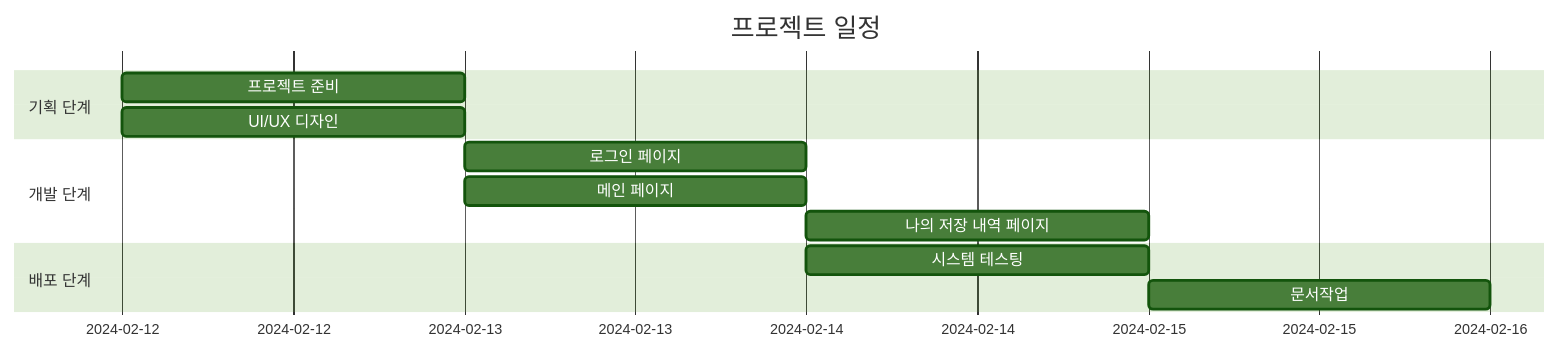
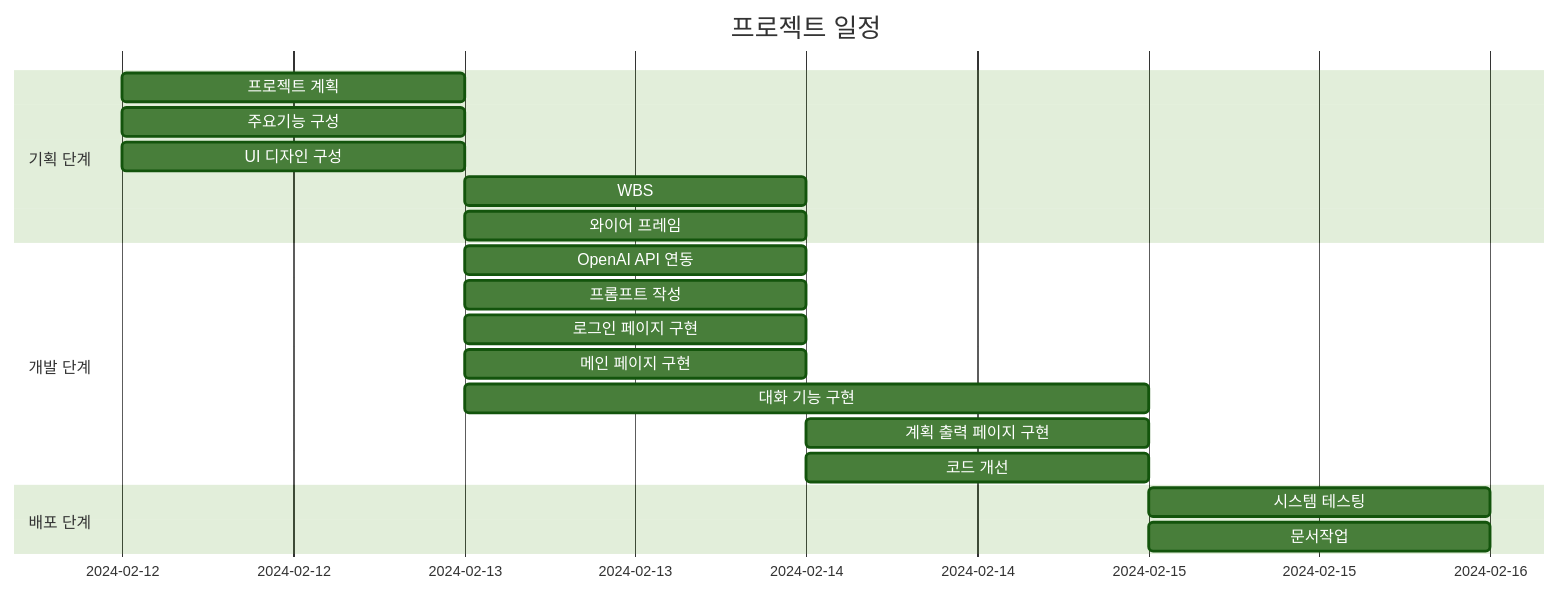
One commit to Um-king/chatGPT-Web-Project changed the second of 7 diagrams in README.md. Above: the diagram before and after it, drawn with Mermaid (forest theme). The commit also changed other lines of this file, not shown here.

````diff
--- a/README.md
+++ b/README.md
@@ -72,18 +87,27 @@
 ```mermaid
 gantt
     title 프로젝트 일정
     dateFormat  YYYY-MM-DD
 
     section 기획 단계
-    프로젝트 준비: 2024-02-12, 2024-02-13
-    UI/UX 디자인: 2024-02-12, 2024-02-13
+    프로젝트 계획: 2024-02-12, 2024-02-13
+    주요기능 구성: 2024-02-12, 2024-02-13
+    UI 디자인 구성: 2024-02-12, 2024-02-13
+    WBS: 2024-02-13, 2024-02-14
+    와이어 프레임: 2024-02-13, 2024-02-14
 
     section 개발 단계
-    로그인 페이지: 2024-02-13, 2024-02-14
-    메인 페이지: 2024-02-13, 2024-02-14
-    나의 저장 내역 페이지: 2024-02-14, 2024-02-15
+    OpenAI API 연동: 2024-02-13, 2024-02-14
+    프롬프트 작성: 2024-02-13, 2024-02-14
+    로그인 페이지 구현: 2024-02-13, 2024-02-14
+    메인 페이지 구현: 2024-02-13, 2024-02-14
+    대화 기능 구현: 2024-02-13, 2024-02-15
+    계획 출력 페이지 구현: 2024-02-14, 2024-02-15
+    코드 개선: 2024-02-14, 2024-02-15
+     
 
     section 배포 단계
-    시스템 테스팅: 2024-02-14, 2024-02-15
+    시스템 테스팅: 2024-02-15, 2024-02-16
     문서작업: 2024-02-15, 2024-02-16
+
 ```
````
